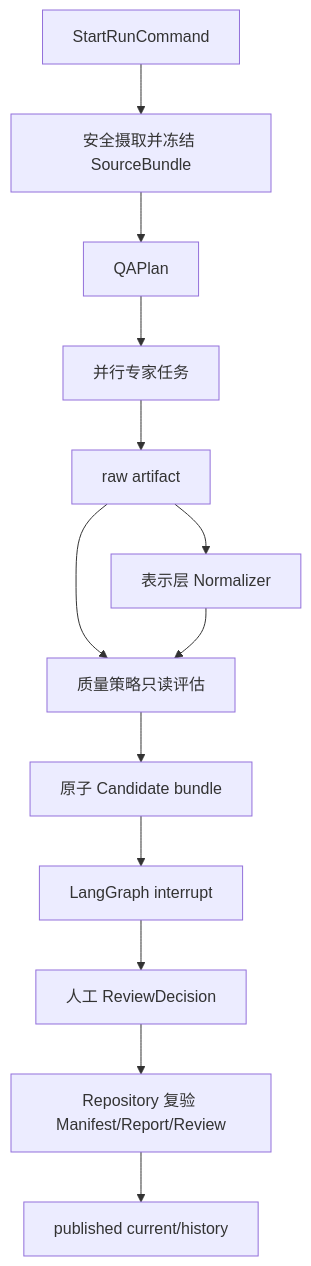
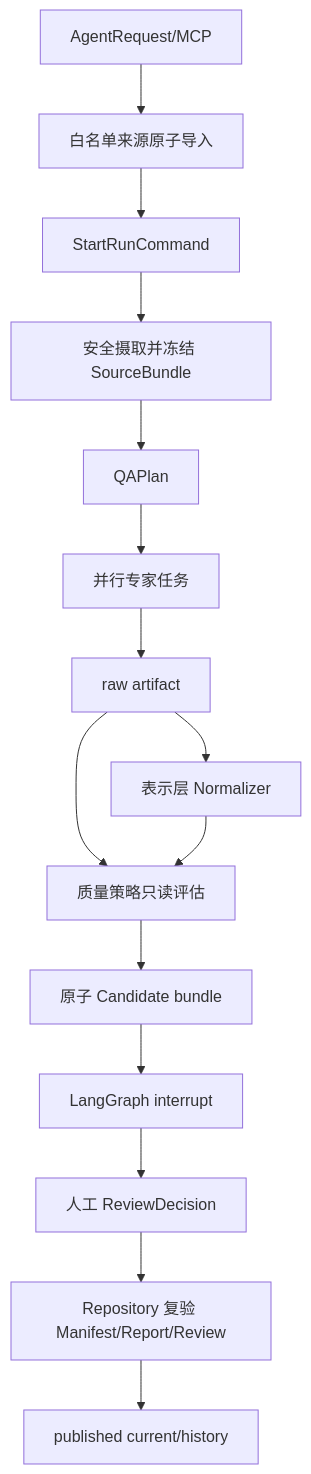
One commit to 58064809/Agentic-QA changed the second of 2 diagrams in docs/architecture.md. Above: the diagram before and after it, drawn with Mermaid. The commit also changed other lines of this file and 35 other files, not shown here.

Commit message:
feat: add cross-ai agent request protocol

````diff
--- a/docs/architecture.md
+++ b/docs/architecture.md
@@ -40,15 +41,17 @@
 ```mermaid
 flowchart TD
-    Start[StartRunCommand] --> Source[安全摄取并冻结 SourceBundle]
+    AgentRequest[AgentRequest/MCP] --> Import[白名单来源原子导入]
+    Import --> Start[StartRunCommand]
+    Start --> Source[安全摄取并冻结 SourceBundle]
     Source --> Plan[QAPlan]
     Plan --> Agents[并行专家任务]
     Agents --> Raw[raw artifact]
     Raw --> Normalize[表示层 Normalizer]
     Raw --> Assess[质量策略只读评估]
     Normalize --> Assess
     Assess --> Candidate[原子 Candidate bundle]
     Candidate --> Interrupt[LangGraph interrupt]
     Interrupt --> Human[人工 ReviewDecision]
     Human --> Verify[Repository 复验 Manifest/Report/Review]
     Verify --> Published[published current/history]
 ```
````
